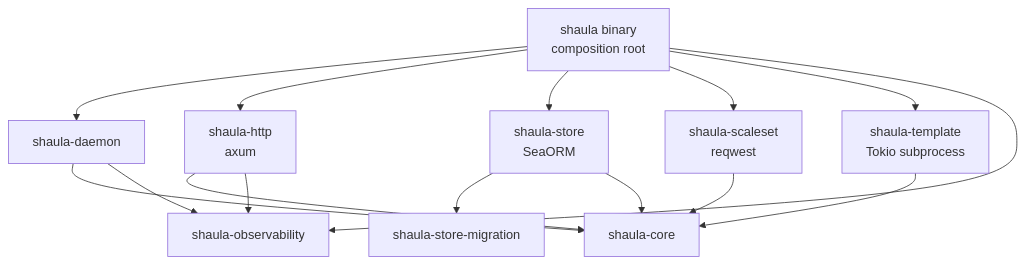
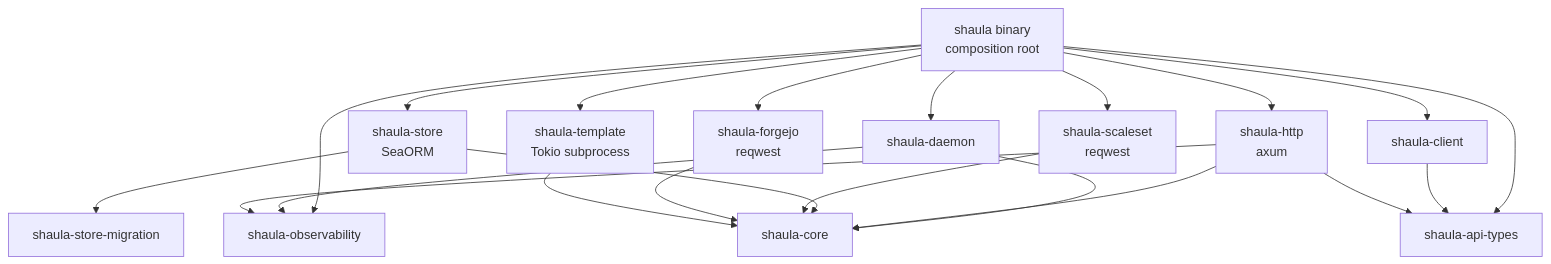
Before and after one commit to 5aaee9/shaula: the diagram in docs/specs/0007-rust-workspace-architecture.md, drawn with Mermaid. The commit also changed other lines of this file and 9 other files, not shown here.

````diff
--- a/docs/specs/0007-rust-workspace-architecture.md
+++ b/docs/specs/0007-rust-workspace-architecture.md
@@ -41,17 +47,23 @@
 ```mermaid
 flowchart TD
     Bin["shaula binary\ncomposition root"] --> Daemon["shaula-daemon"]
     Bin --> HTTP["shaula-http\naxum"]
     Bin --> Store["shaula-store\nSeaORM"]
     Bin --> ScaleSet["shaula-scaleset\nreqwest"]
+    Bin --> Forgejo["shaula-forgejo\nreqwest"]
+    Bin --> Client["shaula-client"]
+    Bin --> API["shaula-api-types"]
+    Client --> API
+    HTTP --> API
     Bin --> Template["shaula-template\nTokio subprocess"]
     Bin --> OTel["shaula-observability"]
     Store --> Migration["shaula-store-migration"]
     Daemon --> Core["shaula-core"]
     Daemon --> OTel
     HTTP --> Core
     HTTP --> OTel
     Store --> Core
     ScaleSet --> Core
+    Forgejo --> Core
     Template --> Core
 ```
````
